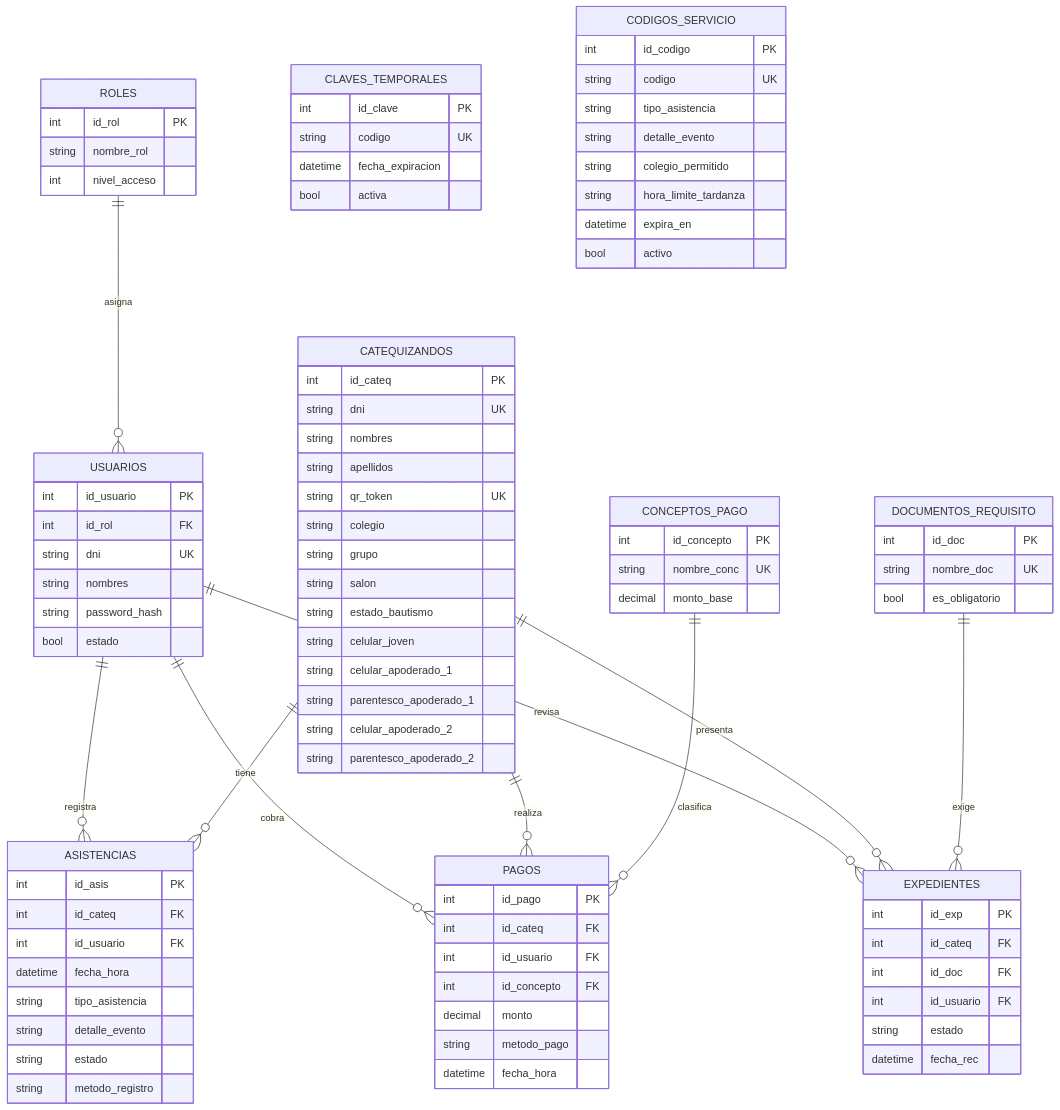
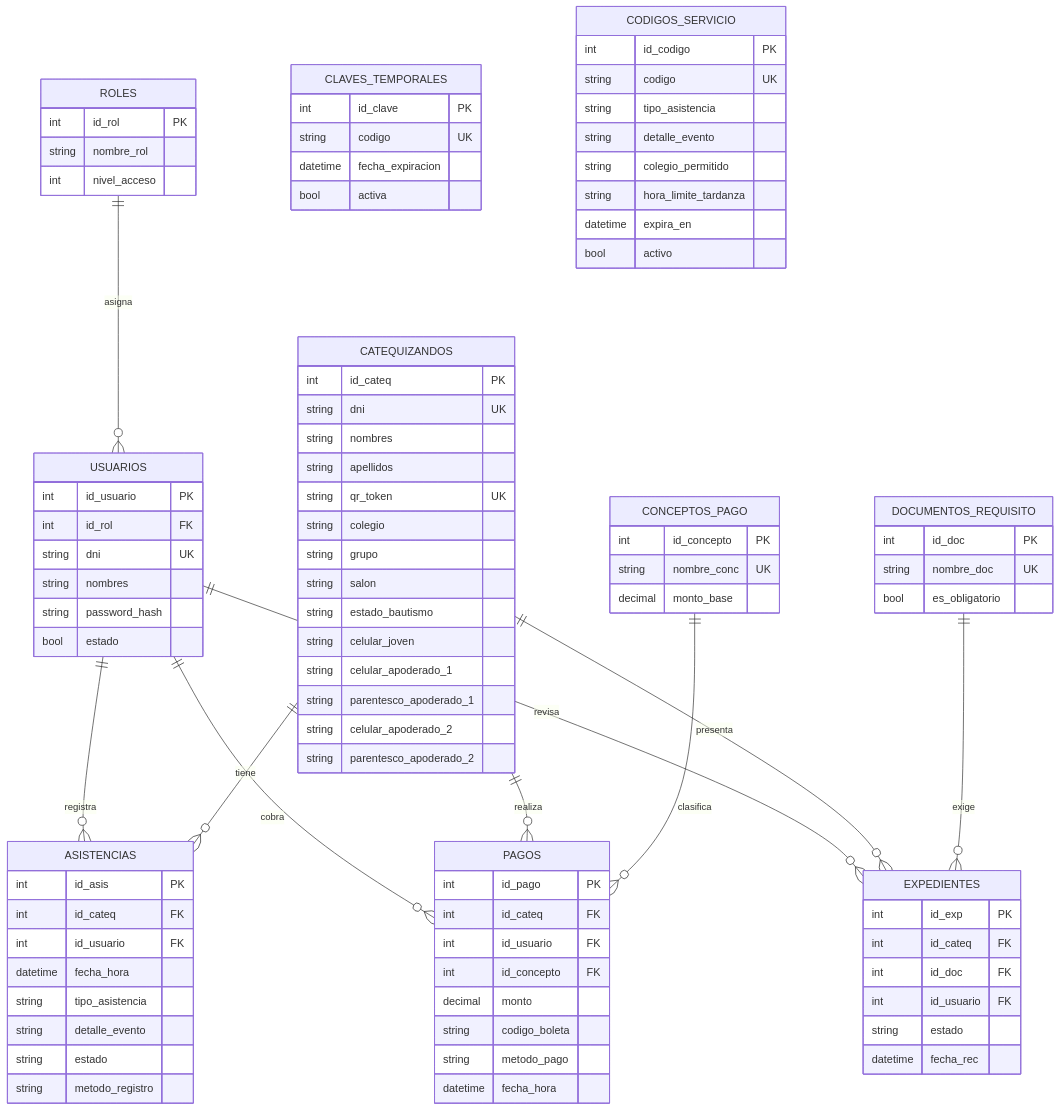
Before and after one commit to FABIGH27/erp-parroquia-backend: the second of 3 diagrams in DOCUMENTACION.md, drawn with Mermaid. The commit also changed other lines of this file and 2 other files, not shown here.

```diff
--- a/DOCUMENTACION.md
+++ b/DOCUMENTACION.md
@@ -105,6 +112,7 @@
         int id_usuario FK
         int id_concepto FK
         decimal monto
+        string codigo_boleta
         string metodo_pago
         datetime fecha_hora
     }
```
